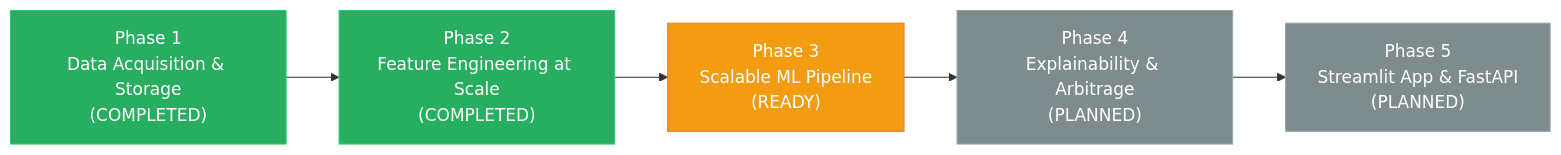
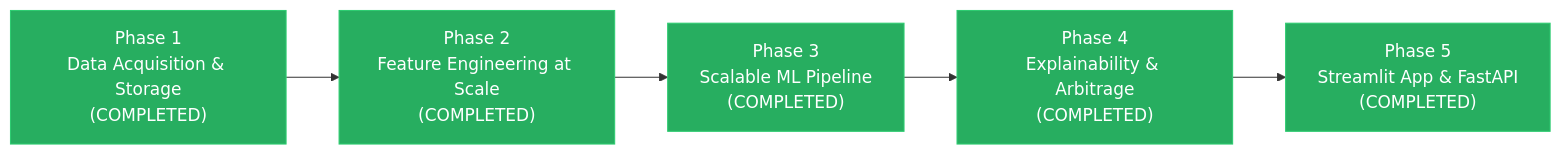
Before and after one commit to ShubhamPate-L/BigData-Real-Estate-Valuation: the diagram in work_done_till_now.md, drawn with Mermaid. The commit also changed other lines of this file and 24 other files, not shown here.

Commit message:
feat: complete Phase 1-5 pipeline, trained models, Streamlit dashboard, FastAPI service, and comprehensive docs

````diff
--- a/work_done_till_now.md
+++ b/work_done_till_now.md
@@ -279,15 +387,15 @@
 ```mermaid
 flowchart LR
     P1["Phase 1\nData Acquisition & Storage\n(COMPLETED)"]
     P2["Phase 2\nFeature Engineering at Scale\n(COMPLETED)"]
-    P3["Phase 3\nScalable ML Pipeline\n(READY)"]
-    P4["Phase 4\nExplainability & Arbitrage\n(PLANNED)"]
-    P5["Phase 5\nStreamlit App & FastAPI\n(PLANNED)"]
+    P3["Phase 3\nScalable ML Pipeline\n(COMPLETED)"]
+    P4["Phase 4\nExplainability & Arbitrage\n(COMPLETED)"]
+    P5["Phase 5\nStreamlit App & FastAPI\n(COMPLETED)"]
 
     P1 --> P2 --> P3 --> P4 --> P5
     style P1 fill:#27ae60,stroke:#2ecc71,color:#fff
     style P2 fill:#27ae60,stroke:#2ecc71,color:#fff
-    style P3 fill:#f39c12,stroke:#e67e22,color:#fff
-    style P4 fill:#7f8c8d,stroke:#95a5a6,color:#fff
-    style P5 fill:#7f8c8d,stroke:#95a5a6,color:#fff
+    style P3 fill:#27ae60,stroke:#2ecc71,color:#fff
+    style P4 fill:#27ae60,stroke:#2ecc71,color:#fff
+    style P5 fill:#27ae60,stroke:#2ecc71,color:#fff
 ```
````
